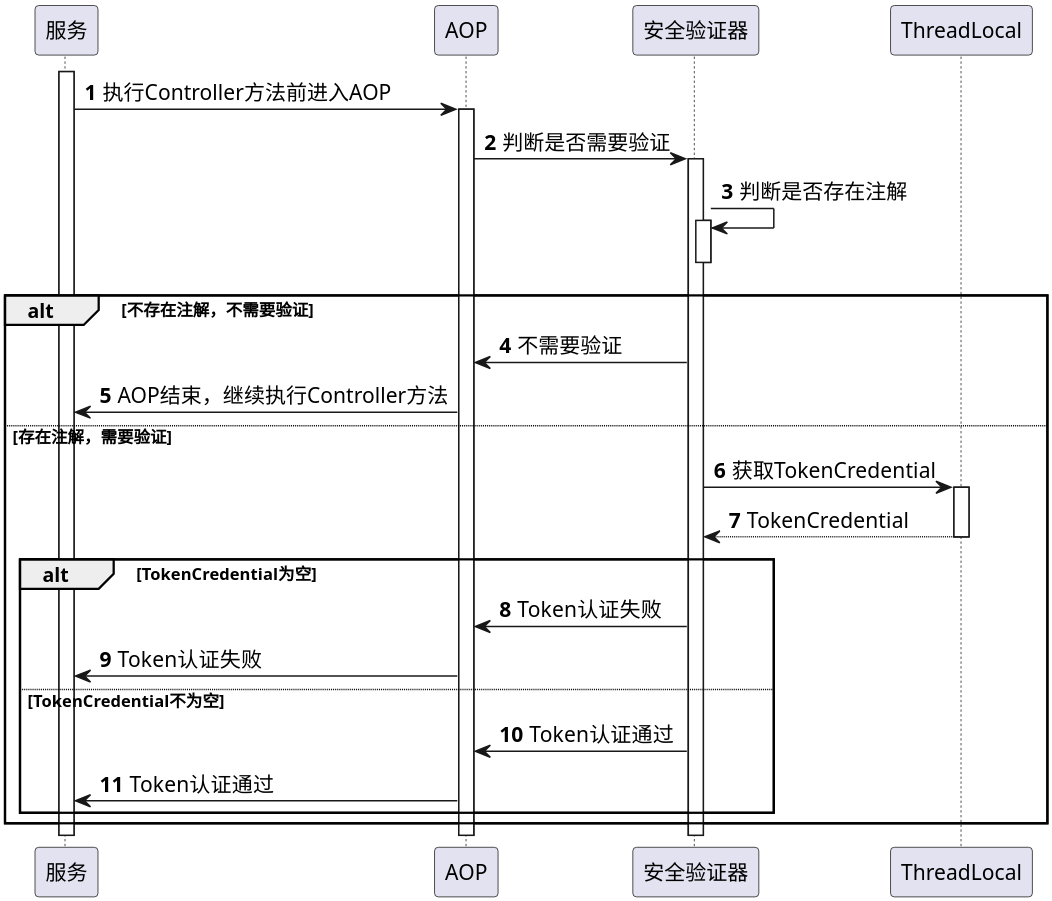
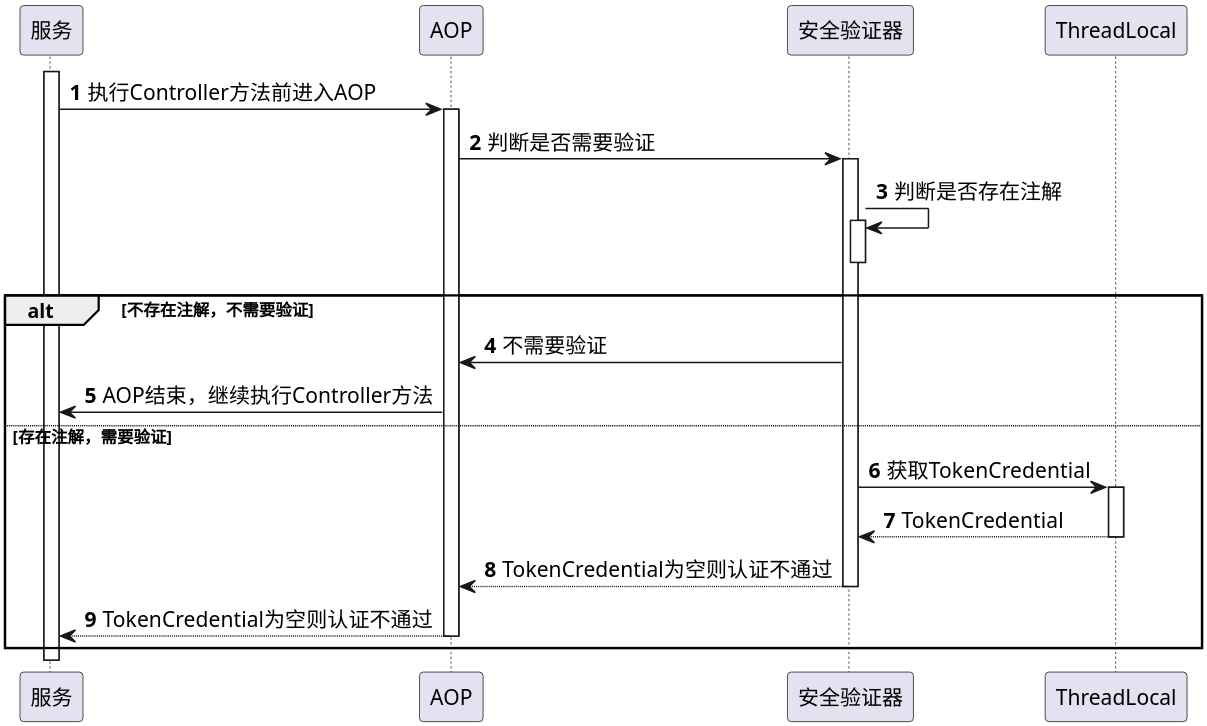
Before and after one commit to Etherealss/MessagePusher: the diagram in uml/security/token检验/2-拦截方法调用并验证Token.puml, drawn with PlantUML. The commit also changed 2 other files, not shown here.

```diff
--- a/uml/security/token检验/2-拦截方法调用并验证Token.puml
+++ b/uml/security/token检验/2-拦截方法调用并验证Token.puml
@@ -1,37 +1,32 @@
 @startuml
 'https://plantuml.com/sequence-diagram
 skinparam shadowing false
 skinparam defaultFontName xfonts-wqy
 skinparam dpi 300
 skinparam activity  {
     DiamondFontSize 14
     ArrowFontSize 14
     FontSize 14
 }
 autonumber
 
 participant 服务 as Server
 participant AOP
 participant 安全验证器 as IPreAuthHandler
 
 activate Server
 
 Server -> AOP ++: 执行Controller方法前进入AOP
 AOP -> IPreAuthHandler ++: 判断是否需要验证
 IPreAuthHandler -> IPreAuthHandler++--: 判断是否存在注解
 alt 不存在注解，不需要验证
     AOP <- IPreAuthHandler : 不需要验证
     Server <- AOP: AOP结束，继续执行Controller方法
 else 存在注解，需要验证
     IPreAuthHandler -> ThreadLocal ++: 获取TokenCredential
     return TokenCredential
-    alt TokenCredential为空
-        AOP <- IPreAuthHandler : Token认证失败
-        Server <- AOP:  Token认证失败
-    else TokenCredential不为空
-        AOP <- IPreAuthHandler : Token认证通过
-        Server <- AOP:  Token认证通过
-    end
+    return TokenCredential为空则认证不通过
+    return TokenCredential为空则认证不通过
 end
 
 @enduml
```
